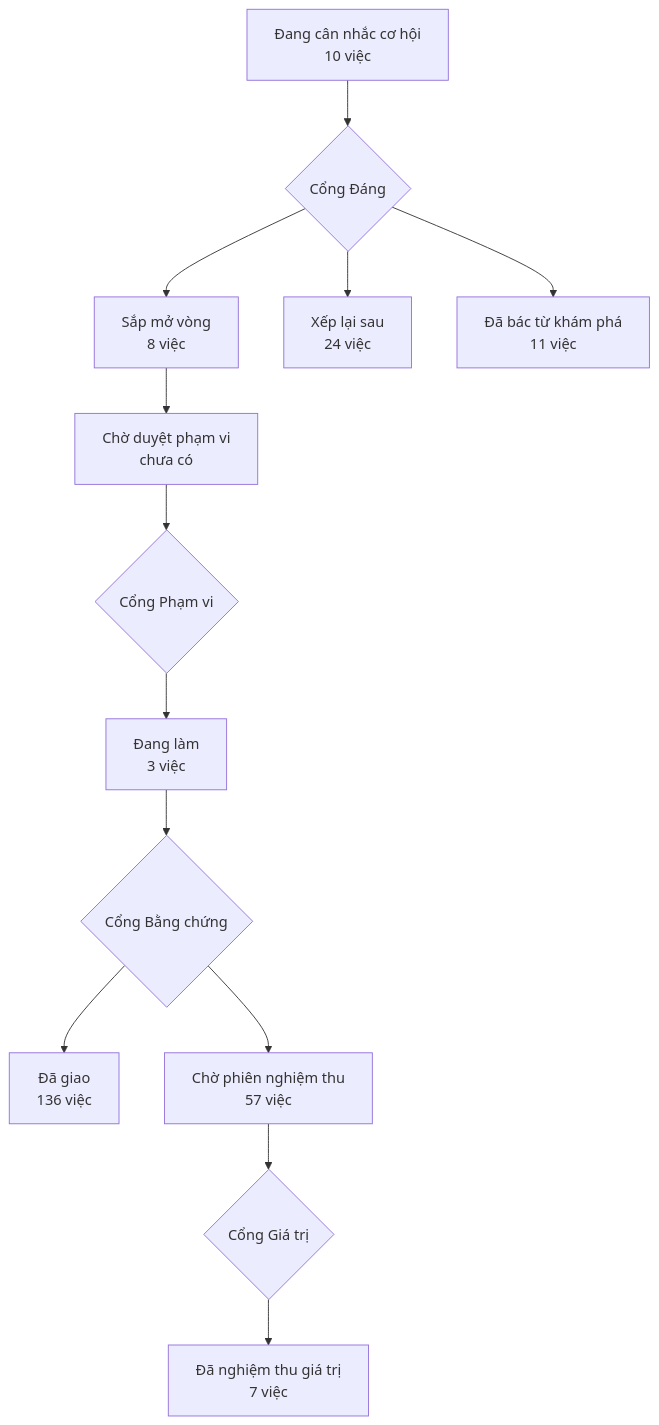
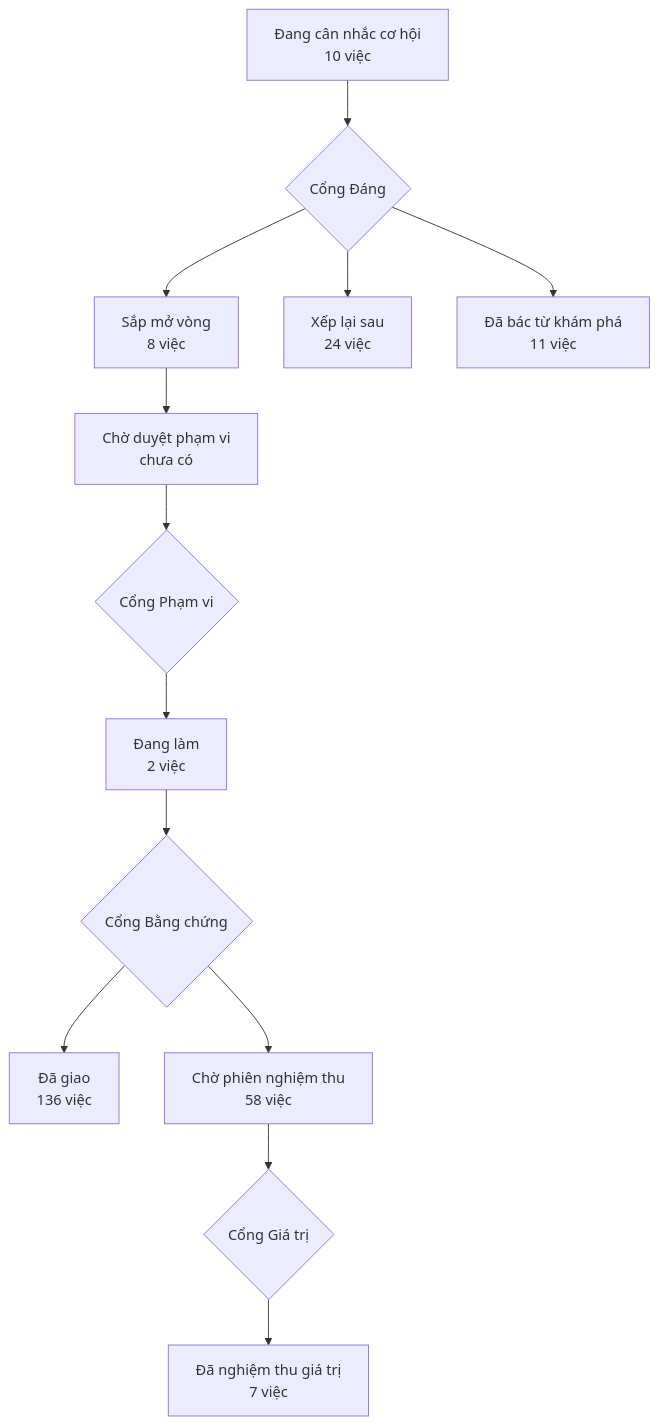
The diagram in PRODUCT-MAP.md (phanlemanh/acceptance-gate-kit), drawn with Mermaid before and after one commit. The commit also changed 8 other files, not shown here.

````diff
--- a/PRODUCT-MAP.md
+++ b/PRODUCT-MAP.md
@@ -7,12 +7,12 @@
 ```mermaid
 flowchart TD
   A["Đang cân nhắc cơ hội<br/>10 việc"] --> GD{"Cổng Đáng"}
   GD --> B["Sắp mở vòng<br/>8 việc"]
   GD --> XL["Xếp lại sau<br/>24 việc"]
   GD --> DB["Đã bác từ khám phá<br/>11 việc"]
   B --> CD["Chờ duyệt phạm vi<br/>chưa có"] --> GP{"Cổng Phạm vi"}
-  GP --> DL["Đang làm<br/>3 việc"] --> GB{"Cổng Bằng chứng"}
+  GP --> DL["Đang làm<br/>2 việc"] --> GB{"Cổng Bằng chứng"}
   GB --> DG["Đã giao<br/>136 việc"]
-  GB --> CN["Chờ phiên nghiệm thu<br/>57 việc"] --> GG{"Cổng Giá trị"}
+  GB --> CN["Chờ phiên nghiệm thu<br/>58 việc"] --> GG{"Cổng Giá trị"}
   GG --> NT["Đã nghiệm thu giá trị<br/>7 việc"]
 ```
````
